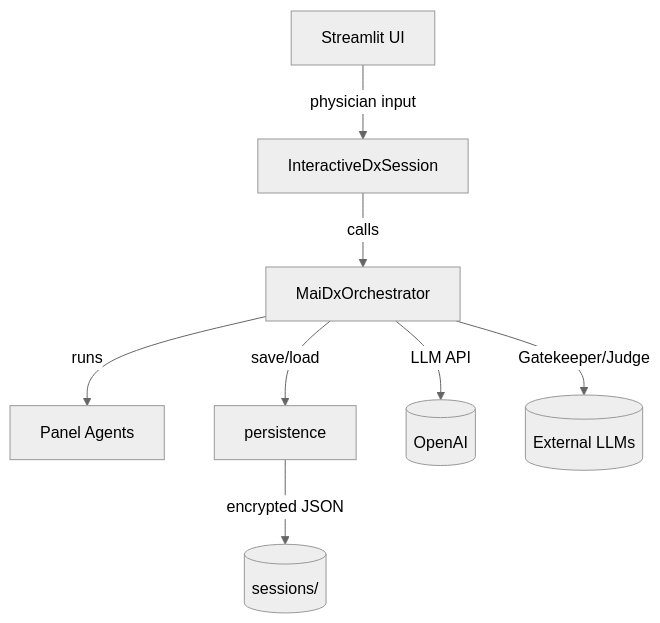
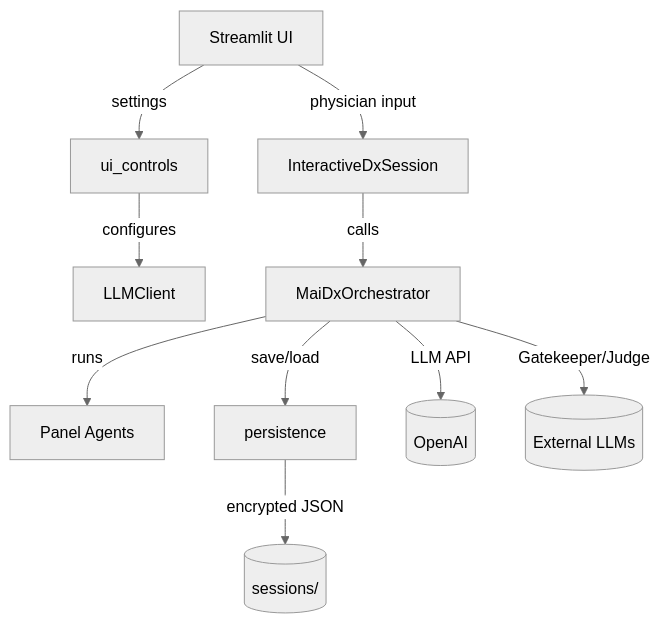
Before and after one commit to JuliusWitteveen/DxO: the first of 8 diagrams in CODex_FINDINGS.md, drawn with Mermaid (neutral theme). The commit also changed other lines of this file, not shown here.

Commit message:
docs: refresh architecture and dataflow

````diff
--- a/CODex_FINDINGS.md
+++ b/CODex_FINDINGS.md
@@ -35,10 +37,12 @@
 ```mermaid
 graph TD
-  UI[Streamlit UI] -->|physician input| IS[InteractiveDxSession]
+  UI[Streamlit UI] -->|settings| UC[ui_controls]
+  UC -->|configures| LLM[LLMClient]
+  UI -->|physician input| IS[InteractiveDxSession]
   IS -->|calls| ORCH[MaiDxOrchestrator]
   ORCH -->|runs| AGENTS[Panel Agents]
   ORCH -->|save/load| PERSIST[persistence]
   PERSIST -->|encrypted JSON| Sessions[(sessions/)]
   ORCH -->|LLM API| OpenAI[(OpenAI)]
   ORCH -->|Gatekeeper/Judge| LLMs[(External LLMs)]
 ```
````
